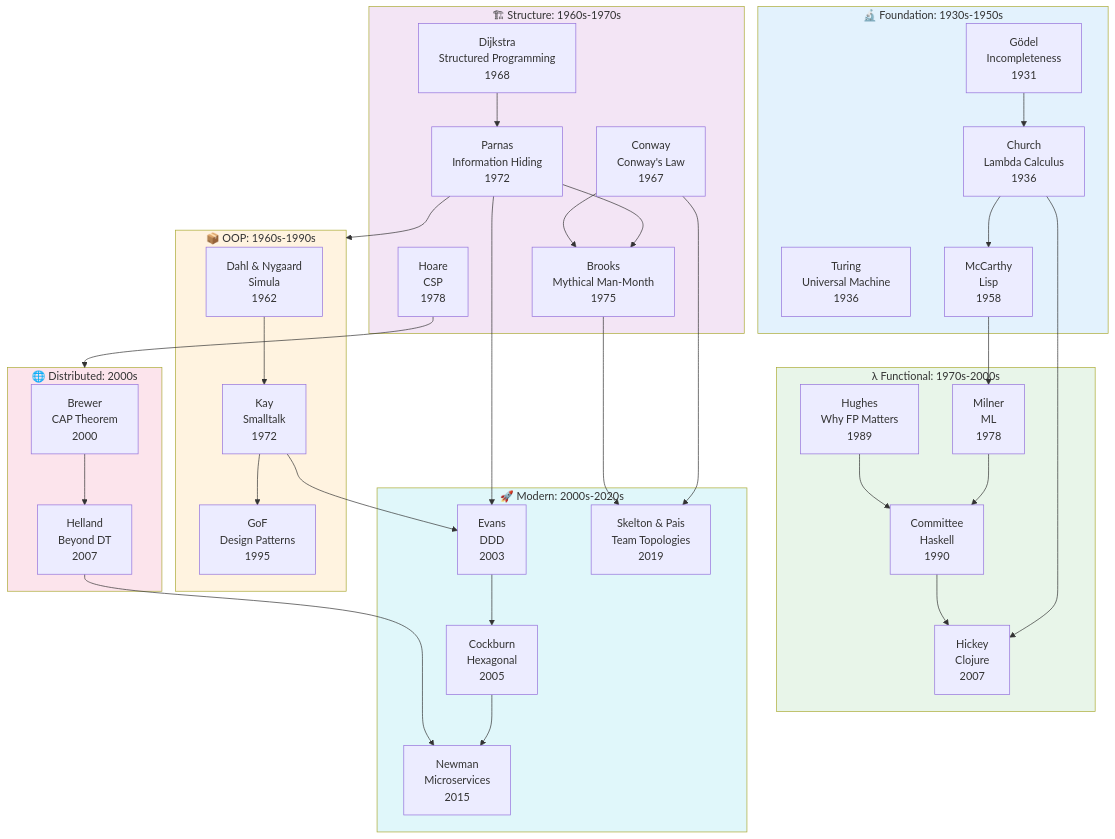
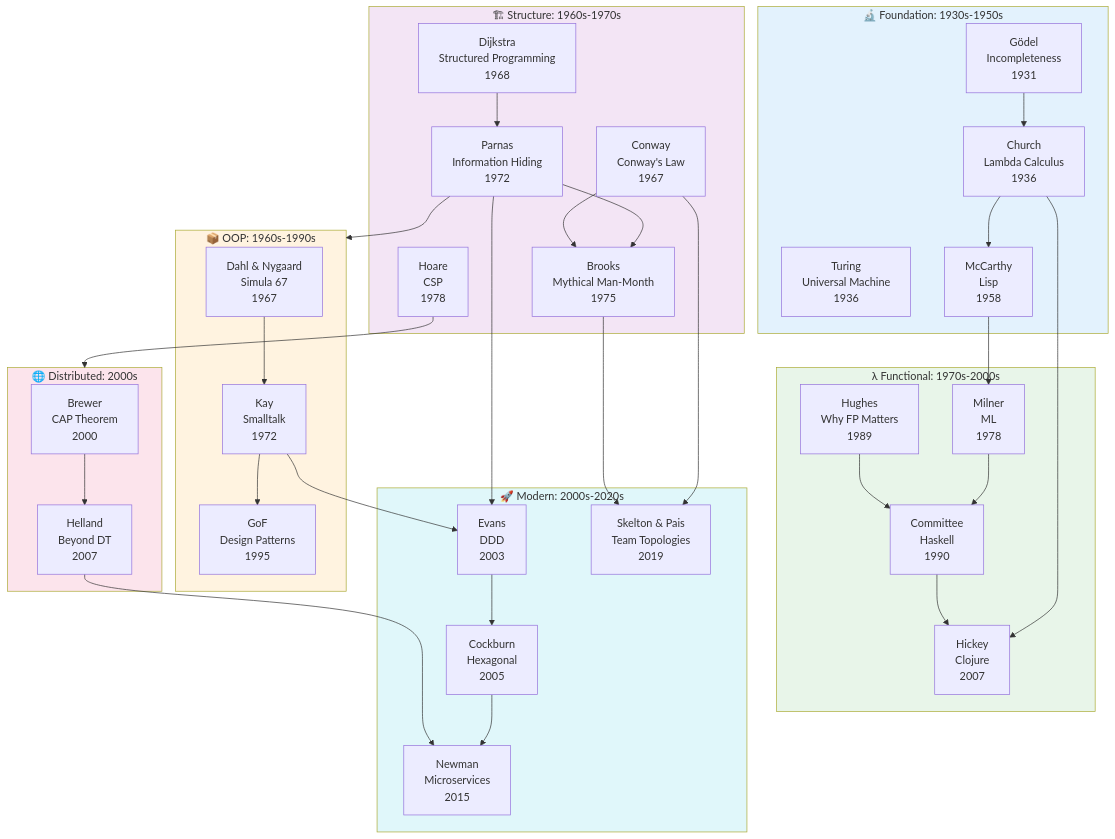
One commit to akardapolov/software-atlas changed the first of 6 diagrams in docs/maps/ideas-evolution.md. Above: the diagram before and after it, drawn with Mermaid. The commit also changed other lines of this file and 5 other files, not shown here.

Commit message:
fix: update OOP history timeline data

````diff
--- a/docs/maps/ideas-evolution.md
+++ b/docs/maps/ideas-evolution.md
@@ -7,79 +7,79 @@
 ```mermaid
 flowchart TD
     subgraph Foundation["🔬 Foundation: 1930s-1950s"]
         Godel["Gödel<br/>Incompleteness<br/>1931"]
         Church["Church<br/>Lambda Calculus<br/>1936"]
         Turing["Turing<br/>Universal Machine<br/>1936"]
         McCarthy["McCarthy<br/>Lisp<br/>1958"]
 
         Godel --> Church
         Church --> McCarthy
     end
 
     subgraph Structure["🏗 Structure: 1960s-1970s"]
         Conway["Conway<br/>Conway's Law<br/>1967"]
         Dijkstra["Dijkstra<br/>Structured Programming<br/>1968"]
         Parnas["Parnas<br/>Information Hiding<br/>1972"]
         Brooks["Brooks<br/>Mythical Man-Month<br/>1975"]
         Hoare["Hoare<br/>CSP<br/>1978"]
 
         Dijkstra --> Parnas
         Parnas --> Brooks
         Conway --> Brooks
     end
 
     subgraph OOP["📦 OOP: 1960s-1990s"]
-        Simula["Dahl & Nygaard<br/>Simula<br/>1962"]
+        Simula["Dahl & Nygaard<br/>Simula 67<br/>1967"]
         Smalltalk["Kay<br/>Smalltalk<br/>1972"]
         GoF["GoF<br/>Design Patterns<br/>1995"]
 
         Simula --> Smalltalk
         Smalltalk --> GoF
     end
 
     subgraph FP["λ Functional: 1970s-2000s"]
         ML["Milner<br/>ML<br/>1978"]
         Hughes["Hughes<br/>Why FP Matters<br/>1989"]
         Haskell["Committee<br/>Haskell<br/>1990"]
         Hickey["Hickey<br/>Clojure<br/>2007"]
 
         McCarthy --> ML
         ML --> Haskell
         Hughes --> Haskell
         Church --> Hickey
         Haskell --> Hickey
     end
 
     subgraph Distributed["🌐 Distributed: 2000s"]
         Brewer["Brewer<br/>CAP Theorem<br/>2000"]
         Helland["Helland<br/>Beyond DT<br/>2007"]
 
         Brewer --> Helland
     end
 
     subgraph Modern["🚀 Modern: 2000s-2020s"]
         Evans["Evans<br/>DDD<br/>2003"]
         Cockburn["Cockburn<br/>Hexagonal<br/>2005"]
         Newman["Newman<br/>Microservices<br/>2015"]
         TeamTopo["Skelton & Pais<br/>Team Topologies<br/>2019"]
 
         Parnas --> Evans
         Evans --> Cockburn
         Cockburn --> Newman
         Conway --> TeamTopo
         Brooks --> TeamTopo
         Helland --> Newman
     end
 
     %% Cross-subgraph connections
     Parnas --> OOP
     Smalltalk --> Evans
     Hoare --> Distributed
 
     style Foundation fill:#e3f2fd
     style Structure fill:#f3e5f5
     style OOP fill:#fff3e0
     style FP fill:#e8f5e9
     style Distributed fill:#fce4ec
     style Modern fill:#e0f7fa
 ```
````
